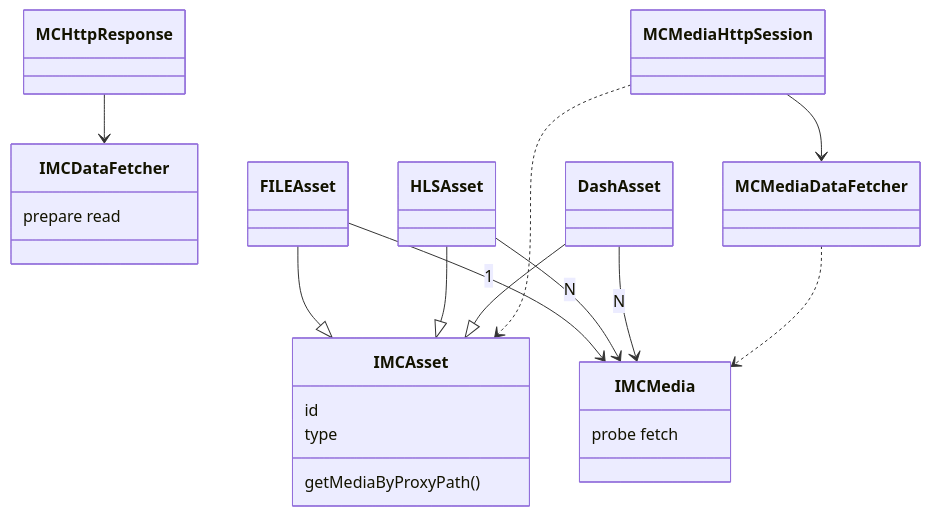
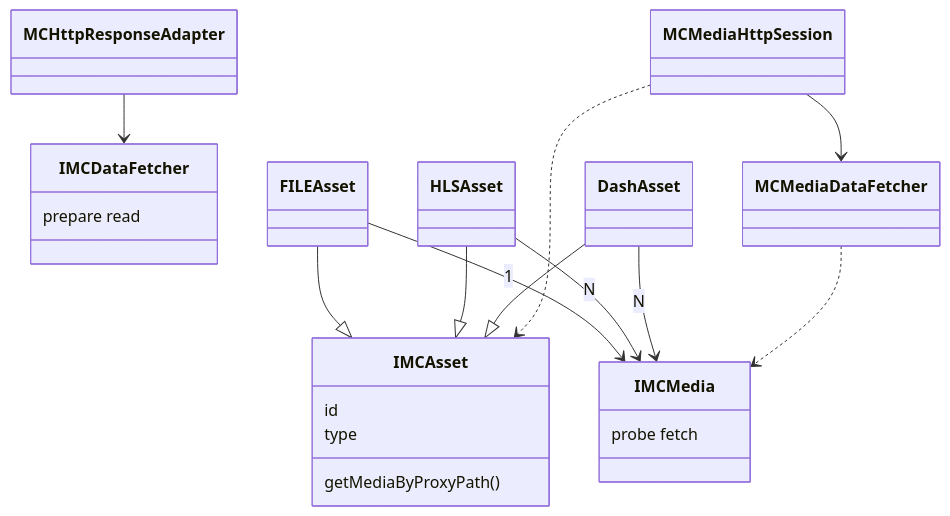
One commit to changsanjiang/media_cache_harmony_os changed the second of 2 diagrams in docs/ARCHITECTURE.md. Above: the diagram before and after it, drawn with Mermaid. The commit also changed other lines of this file and 31 other files, not shown here.

````diff
--- a/docs/ARCHITECTURE.md
+++ b/docs/ARCHITECTURE.md
@@ -148,25 +155,25 @@
 ```mermaid
 classDiagram
   class IMCAsset {
     id
     type
     getMediaByProxyPath()
   }
   class IMCMedia {
     probe fetch
   }
   class IMCDataFetcher {
     prepare read
   }
 
   FILEAsset --|> IMCAsset
   HLSAsset --|> IMCAsset
   DashAsset --|> IMCAsset
   FILEAsset --> IMCMedia : 1
   HLSAsset --> IMCMedia : N
   DashAsset --> IMCMedia : N
   MCMediaHttpSession ..> IMCAsset
   MCMediaHttpSession --> MCMediaDataFetcher
   MCMediaDataFetcher ..> IMCMedia
-  MCHttpResponse --> IMCDataFetcher
+  MCHttpResponseAdapter --> IMCDataFetcher
 ```
````
